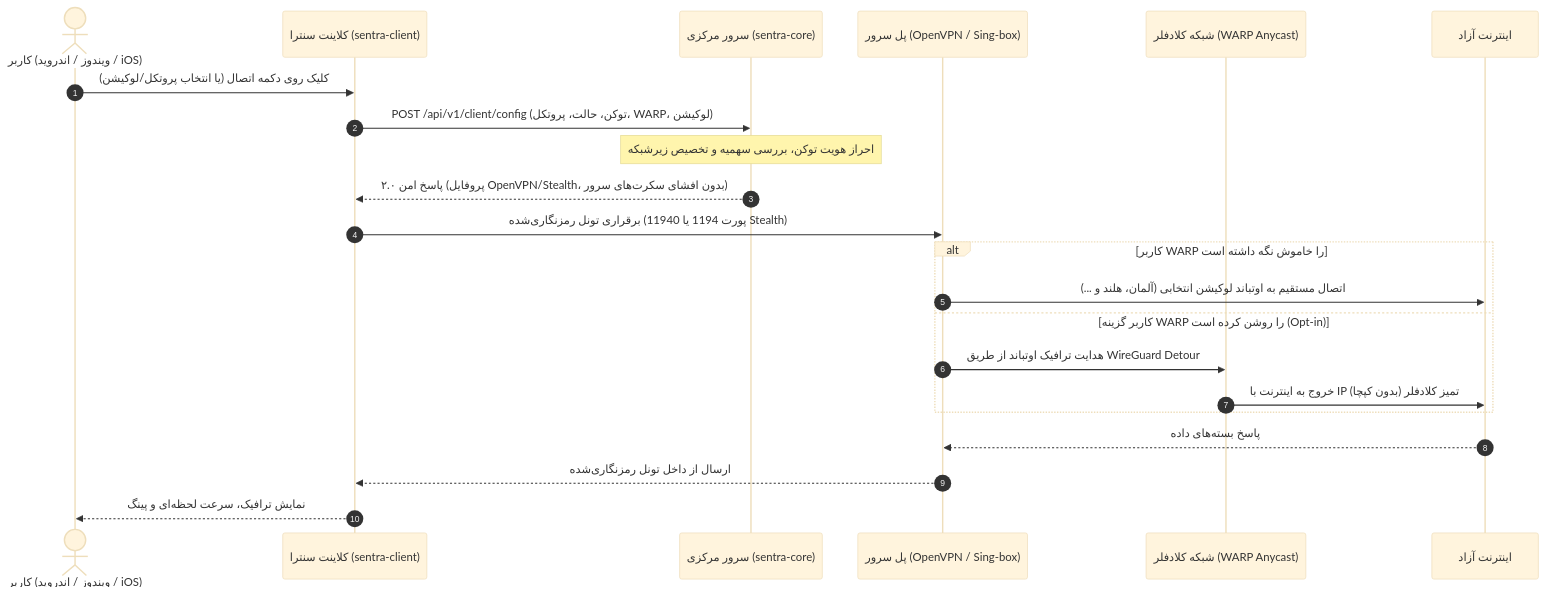
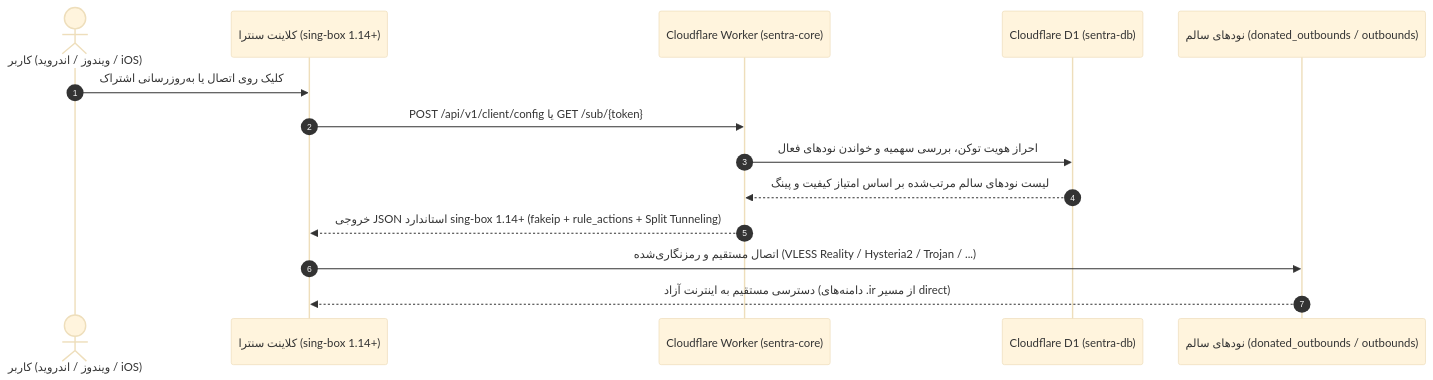
The first of 2 diagrams in ARCHITECTURE.md (parsa904/SentraVpn), drawn with Mermaid (base theme) before and after one commit. The commit also changed other lines of this file and 13 other files, not shown here.

First line of the commit message:
refactor: transition to zero-vps serverless architecture

````diff
--- a/ARCHITECTURE.md
+++ b/ARCHITECTURE.md
@@ -88,27 +70,17 @@
 ```mermaid
 sequenceDiagram
     autonumber
     actor User as کاربر (ویندوز / اندروید / iOS)
-    participant Client as کلاینت سنترا (sentra-client)
-    participant CoreAPI as سرور مرکزی (sentra-core)
-    participant EdgeBridge as پل سرور (OpenVPN / Sing-box)
-    participant WARP as شبکه کلادفلر (WARP Anycast)
-    participant Web as اینترنت آزاد
+    participant Client as کلاینت سنترا (sing-box 1.14+)
+    participant Worker as Cloudflare Worker (sentra-core)
+    participant D1 as Cloudflare D1 (sentra-db)
+    participant Nodes as نودهای سالم (donated_outbounds / outbounds)
 
-    User->>Client: کلیک روی دکمه اتصال (یا انتخاب پروتکل/لوکیشن)
-    Client->>CoreAPI: POST /api/v1/client/config (توکن، حالت، پروتکل، WARP، لوکیشن)
-    Note over CoreAPI: احراز هویت توکن، بررسی سهمیه و تخصیص زیرشبکه
-    CoreAPI-->>Client: پاسخ امن ۲.۰ (پروفایل OpenVPN/Stealth، بدون افشای سکرت‌های سرور)
-    Client->>EdgeBridge: برقراری تونل رمزنگاری‌شده (پورت 1194 یا 11940 Stealth)
-    
-    alt کاربر WARP را خاموش نگه داشته است
-        EdgeBridge->>Web: اتصال مستقیم به اوتباند لوکیشن انتخابی (آلمان، هلند و ...)
-    else کاربر گزینه WARP را روشن کرده است (Opt-in)
-        EdgeBridge->>WARP: هدایت ترافیک اوتباند از طریق WireGuard Detour
-        WARP->>Web: خروج به اینترنت با IP تمیز کلادفلر (بدون کپچا)
-    end
-    
-    Web-->>EdgeBridge: پاسخ بسته‌های داده
-    EdgeBridge-->>Client: ارسال از داخل تونل رمزنگاری‌شده
-    Client-->>User: نمایش ترافیک، سرعت لحظه‌ای و پینگ
+    User->>Client: کلیک روی اتصال یا به‌روزرسانی اشتراک
+    Client->>Worker: POST /api/v1/client/config یا GET /sub/{token}
+    Worker->>D1: احراز هویت توکن، بررسی سهمیه و خواندن نودهای فعال
+    D1-->>Worker: لیست نودهای سالم مرتب‌شده بر اساس امتیاز کیفیت و پینگ
+    Worker-->>Client: خروجی JSON استاندارد sing-box 1.14+ (fakeip + rule_actions + Split Tunneling)
+    Client->>Nodes: اتصال مستقیم و رمزنگاری‌شده (VLESS Reality / Hysteria2 / Trojan / ...)
+    Nodes-->>Client: دسترسی مستقیم به اینترنت آزاد (دامنه‌های .ir از مسیر direct)
 ```
````
